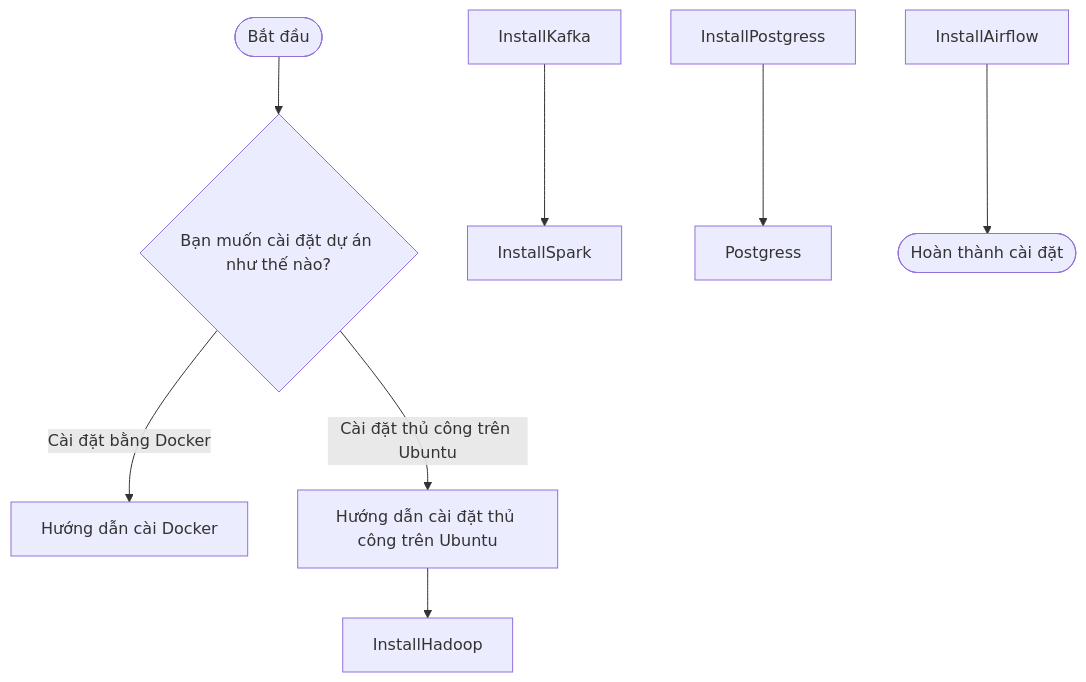
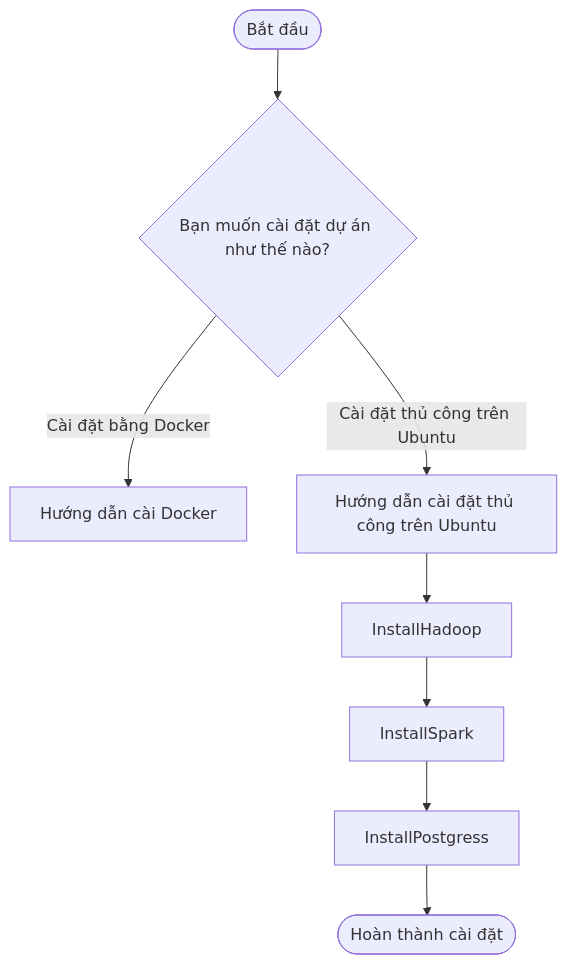
The diagram in README.md (ptai21/Project_Big_Data), drawn with Mermaid before and after one commit. The commit also changed other lines of this file, not shown here.

````diff
--- a/README.md
+++ b/README.md
@@ -133,10 +133,10 @@
 ```mermaid
 flowchart TD
     Start([Bắt đầu]) --> InstallOption{Bạn muốn cài đặt dự án như thế nào?}
     InstallOption -->|Cài đặt bằng Docker| Docker[Hướng dẫn cài Docker]
     InstallOption -->|Cài đặt thủ công trên Ubuntu| Manual[Hướng dẫn cài đặt thủ công trên Ubuntu]
     Manual --> InstallHadoop
-    InstallKafka --> InstallSpark
-    InstallPostgress --> Postgress
-    InstallAirflow --> Finish([Hoàn thành cài đặt])
+    InstallHadoop -->  InstallSpark
+    InstallSpark --> InstallPostgress
+    InstallPostgress --> Finish([Hoàn thành cài đặt])
 ```
````
